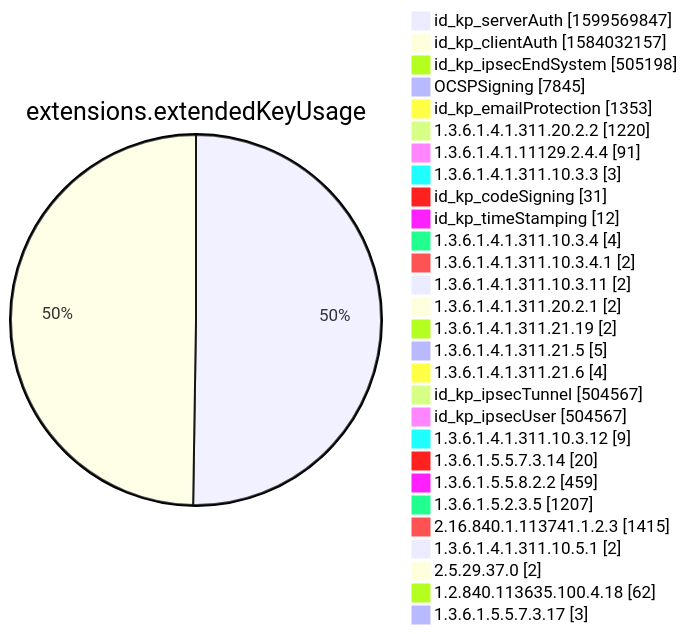
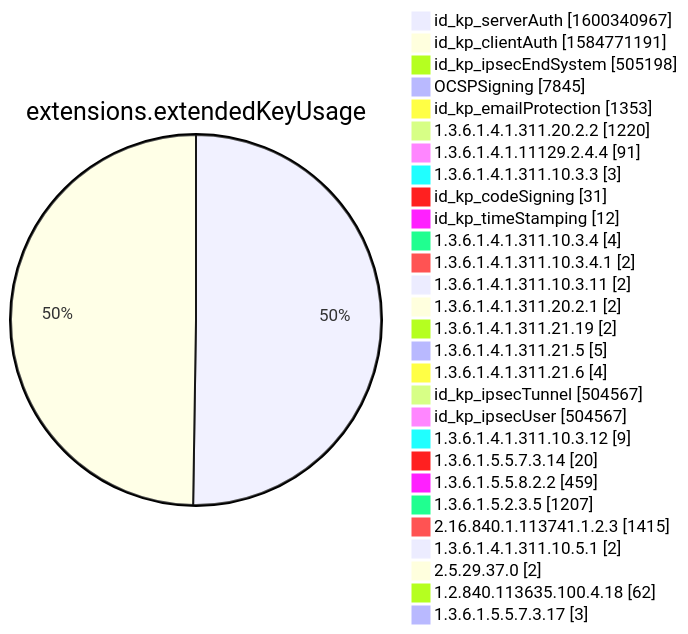
Diagram 12 of 15 in xenon2022/README.md (christiankrug/ctmonitor_visualization), drawn with Mermaid before and after one commit. The commit also changed other lines of this file, not shown here.

````diff
--- a/xenon2022/README.md
+++ b/xenon2022/README.md
@@ -3885,32 +3885,32 @@
 ```mermaid
 pie showData
 title extensions.extendedKeyUsage
-"id_kp_serverAuth" :1599569847
-"id_kp_clientAuth" :1584032157
+"id_kp_serverAuth" :1600340967
+"id_kp_clientAuth" :1584771191
 "id_kp_ipsecEndSystem" :505198
 "OCSPSigning" :7845
 "id_kp_emailProtection" :1353
 "1.3.6.1.4.1.311.20.2.2" :1220
 "1.3.6.1.4.1.11129.2.4.4" :91
 "1.3.6.1.4.1.311.10.3.3" :3
 "id_kp_codeSigning" :31
 "id_kp_timeStamping" :12
 "1.3.6.1.4.1.311.10.3.4" :4
 "1.3.6.1.4.1.311.10.3.4.1" :2
 "1.3.6.1.4.1.311.10.3.11" :2
 "1.3.6.1.4.1.311.20.2.1" :2
 "1.3.6.1.4.1.311.21.19" :2
 "1.3.6.1.4.1.311.21.5" :5
 "1.3.6.1.4.1.311.21.6" :4
 "id_kp_ipsecTunnel" :504567
 "id_kp_ipsecUser" :504567
 "1.3.6.1.4.1.311.10.3.12" :9
 "1.3.6.1.5.5.7.3.14" :20
 "1.3.6.1.5.5.8.2.2" :459
 "1.3.6.1.5.2.3.5" :1207
 "2.16.840.1.113741.1.2.3" :1415
 "1.3.6.1.4.1.311.10.5.1" :2
 "2.5.29.37.0" :2
 "1.2.840.113635.100.4.18" :62
 "1.3.6.1.5.5.7.3.17" :3
 ```
````
